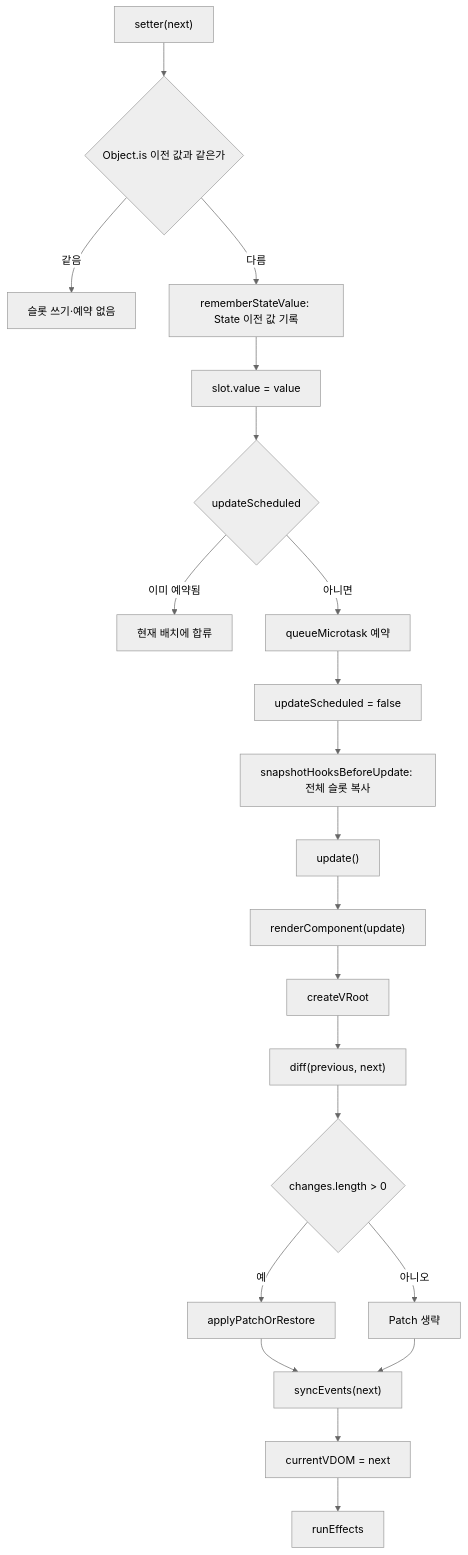
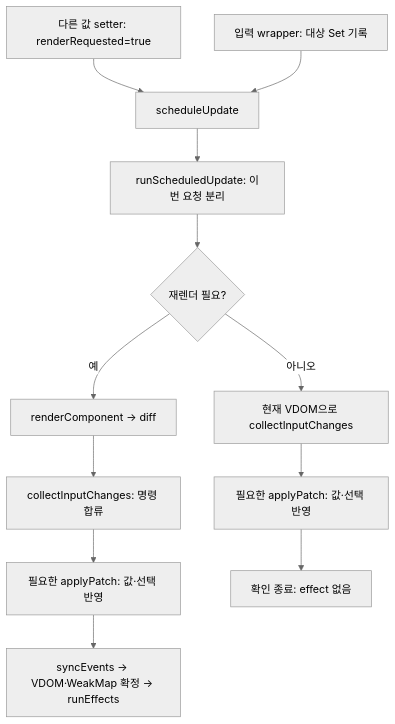
Before and after one commit to bennjung/jungle-mini-react-week11: the third of 5 diagrams in docs/p2_function_flow.md, drawn with Mermaid (neutral theme). The commit also changed other lines of this file and 19 other files, not shown here.

````diff
--- a/docs/p2_function_flow.md
+++ b/docs/p2_function_flow.md
@@ -134,23 +141,14 @@
 ```mermaid
 flowchart TD
-    A["setter(next)"] --> B{"Object.is 이전 값과 같은가"}
-    B -->|"같음"| B1["슬롯 쓰기·예약 없음"]
-    B -->|"다름"| C["rememberStateValue: State 이전 값 기록"]
-    C --> D["slot.value = value"]
-    D --> E{"updateScheduled"}
-    E -->|"이미 예약됨"| E1["현재 배치에 합류"]
-    E -->|"아니면"| F["queueMicrotask 예약"]
-    F --> G["updateScheduled = false"]
-    G --> G2["snapshotHooksBeforeUpdate: 전체 슬롯 복사"]
-    G2 --> H["update()"]
-    H --> I["renderComponent(update)"]
-    I --> J["createVRoot"]
-    J --> K["diff(previous, next)"]
-    K --> L{"changes.length > 0"}
-    L -->|"예"| M["applyPatchOrRestore"]
-    L -->|"아니오"| N["Patch 생략"]
-    M --> O["syncEvents(next)"]
-    N --> O
-    O --> P["currentVDOM = next"]
-    P --> Q["runEffects"]
+    S["다른 값 setter: renderRequested=true"] --> R["scheduleUpdate"]
+    E["입력 wrapper: 대상 Set 기록"] --> R
+    R --> B["runScheduledUpdate: 이번 요청 분리"]
+    B --> D{"재렌더 필요?"}
+    D -->|"예"| F["renderComponent → diff"]
+    F --> C["collectInputChanges: 명령 합류"]
+    D -->|"아니오"| K["현재 VDOM으로 collectInputChanges"]
+    C --> P["필요한 applyPatch: 값·선택 반영"]
+    K --> O["필요한 applyPatch: 값·선택 반영"]
+    P --> N["syncEvents → VDOM·WeakMap 확정 → runEffects"]
+    O --> X["확인 종료: effect 없음"]
 ```
````
